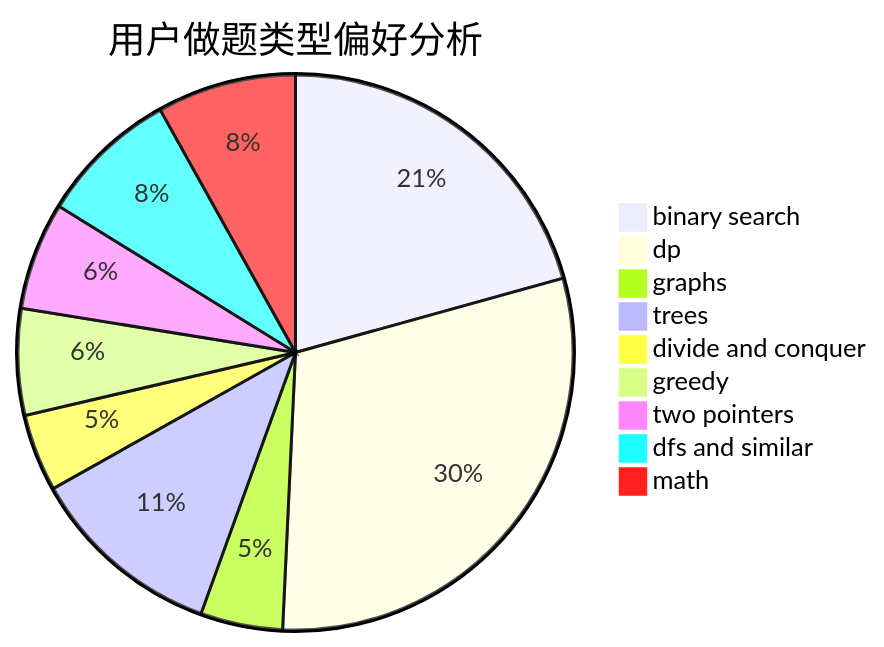
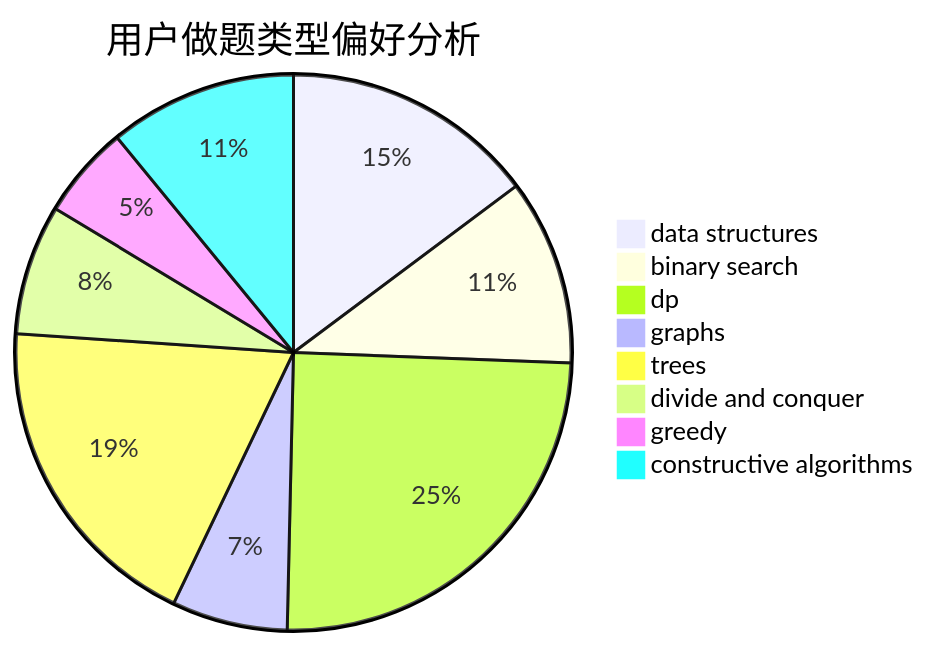
One commit to sherpahu/cfrs.github.io changed the second of 3 diagrams in docs/user/u1054.md. Above: the diagram before and after it, drawn with Mermaid. The commit also changed other lines of this file and 2775 other files, not shown here.

````diff
--- a/docs/user/u1054.md
+++ b/docs/user/u1054.md
@@ -23,12 +23,11 @@
 ```mermaid
 pie title 用户做题类型偏好分析
-    "binary search" :  294
-    "dp" :  427
-    "graphs" :  68
-    "trees" :  161
-    "divide and conquer" :  64
-    "greedy" :  88
-    "two pointers" :  89
-    "dfs and similar" :  115
-    "math" :  115
+    "data structures" :  123
+    "binary search" :  90
+    "dp" :  206
+    "graphs" :  56
+    "trees" :  158
+    "divide and conquer" :  63
+    "greedy" :  45
+    "constructive algorithms" :  91
 ```
````
